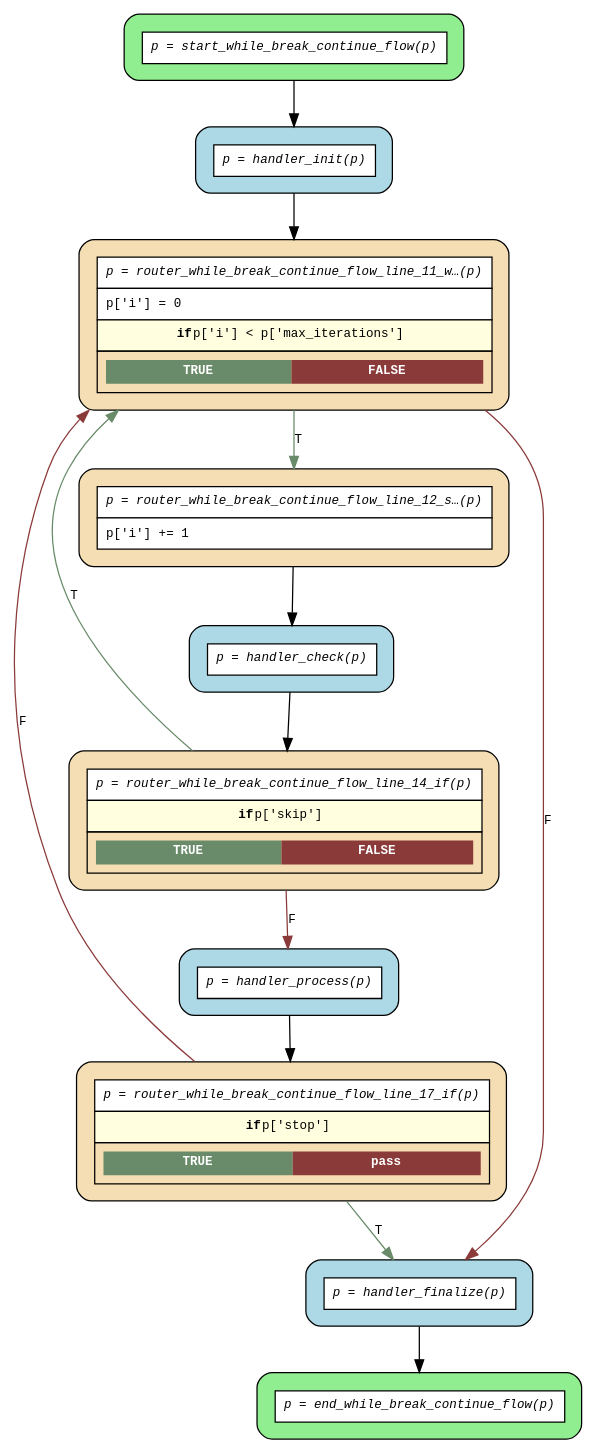
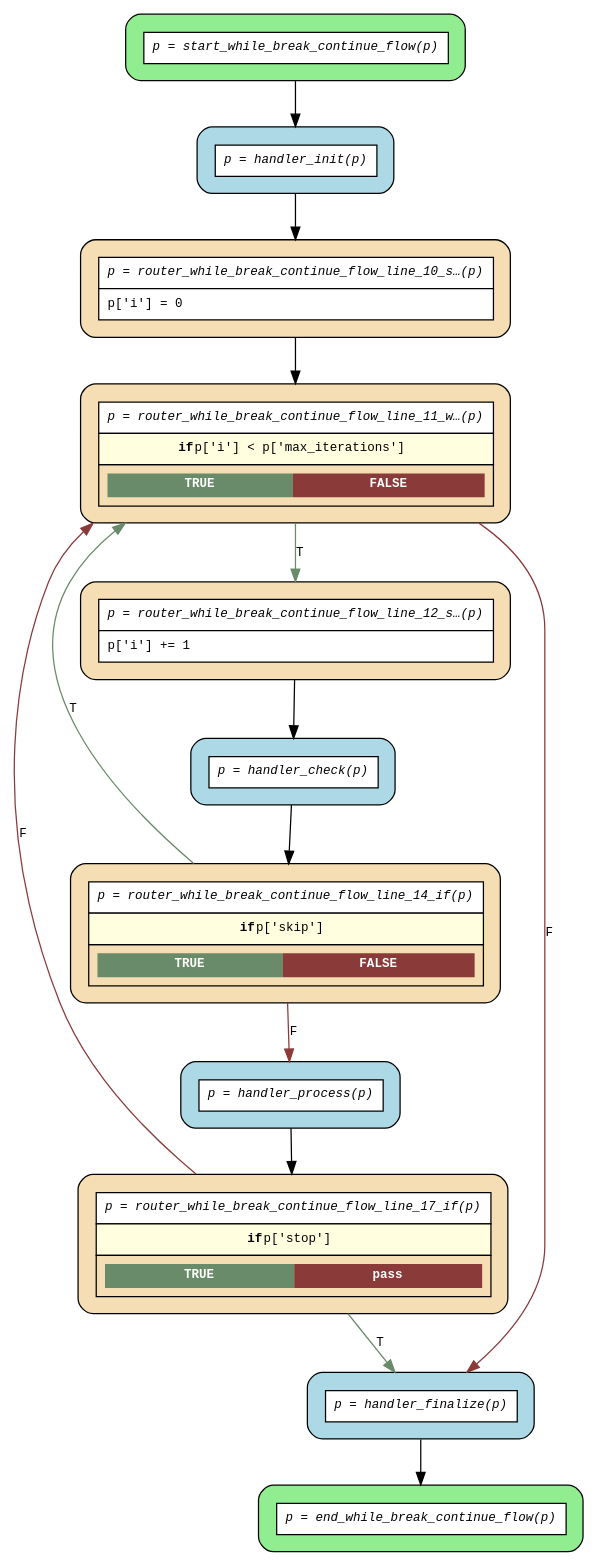
One commit to deliveryhero/asya changed the diagram in examples/flows/compiled/while_break_continue/flow.dot. Above: the diagram before and after it, drawn with Graphviz. The commit also changed 31 other files, not shown here.

```diff
--- a/examples/flows/compiled/while_break_continue/flow.dot
+++ b/examples/flows/compiled/while_break_continue/flow.dot
@@ -1,30 +1,32 @@
 digraph flow {
   rankdir=TB;
   graph [fontname="Courier", fontsize=10];
   node [fontname="Courier", fontsize=10, shape=box, style="filled,rounded", margin="0.2"];
   edge [fontname="Courier", fontsize=10];
 
   start_while_break_continue_flow [fillcolor="lightgreen", label=<<table border="0" cellspacing="0" cellpadding="6" cellborder="1"><tr><td bgcolor="white" align="center"><i>p = start_while_break_continue_flow(p)</i></td></tr></table>>];
   router_while_break_continue_flow_line_17_if [fillcolor="wheat", label=<<table border="0" cellspacing="0" cellpadding="6" cellborder="1"><tr><td bgcolor="white" align="center"><i>p = router_while_break_continue_flow_line_17_if(p)</i></td></tr><tr><td bgcolor="lightyellow"><b>if</b> p['stop']</td></tr><tr><td><table border="0" cellspacing="0" cellpadding="4"><tr><td bgcolor="darkseagreen4"><font color="white"><b>TRUE</b></font></td><td bgcolor="indianred4"><font color="white"><b>pass</b></font></td></tr></table></td></tr></table>>];
   router_while_break_continue_flow_line_14_if [fillcolor="wheat", label=<<table border="0" cellspacing="0" cellpadding="6" cellborder="1"><tr><td bgcolor="white" align="center"><i>p = router_while_break_continue_flow_line_14_if(p)</i></td></tr><tr><td bgcolor="lightyellow"><b>if</b> p['skip']</td></tr><tr><td><table border="0" cellspacing="0" cellpadding="4"><tr><td bgcolor="darkseagreen4"><font color="white"><b>TRUE</b></font></td><td bgcolor="indianred4"><font color="white"><b>FALSE</b></font></td></tr></table></td></tr></table>>];
   router_while_break_continue_flow_line_12_seq [fillcolor="wheat", label=<<table border="0" cellspacing="0" cellpadding="6" cellborder="1"><tr><td bgcolor="white" align="center"><i>p = router_while_break_continue_flow_line_12_s…(p)</i></td></tr><tr><td bgcolor="white" align="left">p['i'] += 1</td></tr></table>>];
-  router_while_break_continue_flow_line_11_while_0 [fillcolor="wheat", label=<<table border="0" cellspacing="0" cellpadding="6" cellborder="1"><tr><td bgcolor="white" align="center"><i>p = router_while_break_continue_flow_line_11_w…(p)</i></td></tr><tr><td bgcolor="white" align="left">p['i'] = 0</td></tr><tr><td bgcolor="lightyellow"><b>if</b> p['i'] &lt; p['max_iterations']</td></tr><tr><td><table border="0" cellspacing="0" cellpadding="4"><tr><td bgcolor="darkseagreen4"><font color="white"><b>TRUE</b></font></td><td bgcolor="indianred4"><font color="white"><b>FALSE</b></font></td></tr></table></td></tr></table>>];
+  router_while_break_continue_flow_line_11_while_0 [fillcolor="wheat", label=<<table border="0" cellspacing="0" cellpadding="6" cellborder="1"><tr><td bgcolor="white" align="center"><i>p = router_while_break_continue_flow_line_11_w…(p)</i></td></tr><tr><td bgcolor="lightyellow"><b>if</b> p['i'] &lt; p['max_iterations']</td></tr><tr><td><table border="0" cellspacing="0" cellpadding="4"><tr><td bgcolor="darkseagreen4"><font color="white"><b>TRUE</b></font></td><td bgcolor="indianred4"><font color="white"><b>FALSE</b></font></td></tr></table></td></tr></table>>];
+  router_while_break_continue_flow_line_10_seq [fillcolor="wheat", label=<<table border="0" cellspacing="0" cellpadding="6" cellborder="1"><tr><td bgcolor="white" align="center"><i>p = router_while_break_continue_flow_line_10_s…(p)</i></td></tr><tr><td bgcolor="white" align="left">p['i'] = 0</td></tr></table>>];
   end_while_break_continue_flow [fillcolor="lightgreen", label=<<table border="0" cellspacing="0" cellpadding="6" cellborder="1"><tr><td bgcolor="white" align="center"><i>p = end_while_break_continue_flow(p)</i></td></tr></table>>];
   handler_check [fillcolor="lightblue", label=<<table border="0" cellspacing="0" cellpadding="6" cellborder="1"><tr><td bgcolor="white" align="center"><i>p = handler_check(p)</i></td></tr></table>>];
   handler_finalize [fillcolor="lightblue", label=<<table border="0" cellspacing="0" cellpadding="6" cellborder="1"><tr><td bgcolor="white" align="center"><i>p = handler_finalize(p)</i></td></tr></table>>];
   handler_init [fillcolor="lightblue", label=<<table border="0" cellspacing="0" cellpadding="6" cellborder="1"><tr><td bgcolor="white" align="center"><i>p = handler_init(p)</i></td></tr></table>>];
   handler_process [fillcolor="lightblue", label=<<table border="0" cellspacing="0" cellpadding="6" cellborder="1"><tr><td bgcolor="white" align="center"><i>p = handler_process(p)</i></td></tr></table>>];
 
   handler_check -> router_while_break_continue_flow_line_14_if;
   handler_finalize -> end_while_break_continue_flow;
-  handler_init -> router_while_break_continue_flow_line_11_while_0;
+  handler_init -> router_while_break_continue_flow_line_10_seq;
   handler_process -> router_while_break_continue_flow_line_17_if;
+  router_while_break_continue_flow_line_10_seq -> router_while_break_continue_flow_line_11_while_0;
   router_while_break_continue_flow_line_11_while_0 -> handler_finalize [label="F", color=indianred4];
   router_while_break_continue_flow_line_11_while_0 -> router_while_break_continue_flow_line_12_seq [label="T", color=darkseagreen4];
   router_while_break_continue_flow_line_12_seq -> handler_check;
   router_while_break_continue_flow_line_14_if -> handler_process [label="F", color=indianred4];
   router_while_break_continue_flow_line_14_if -> router_while_break_continue_flow_line_11_while_0 [label="T", color=darkseagreen4];
   router_while_break_continue_flow_line_17_if -> handler_finalize [label="T", color=darkseagreen4];
   router_while_break_continue_flow_line_17_if -> router_while_break_continue_flow_line_11_while_0 [label="F", color=indianred4, constraint=false];
   start_while_break_continue_flow -> handler_init;
 }
```
